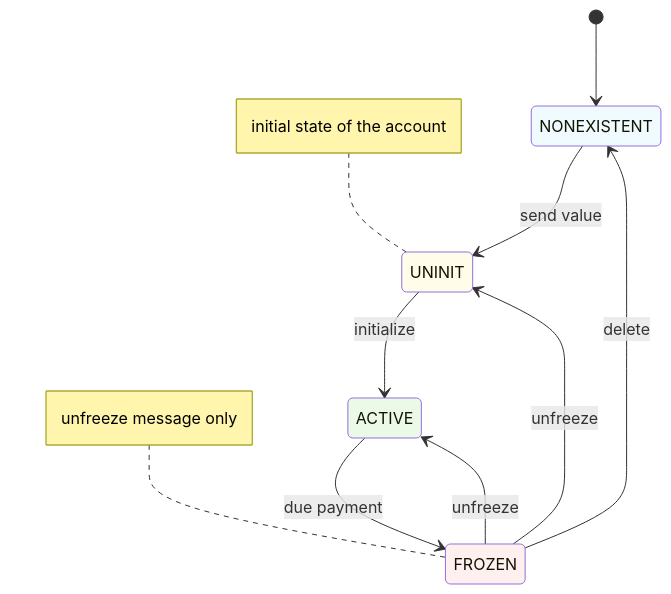
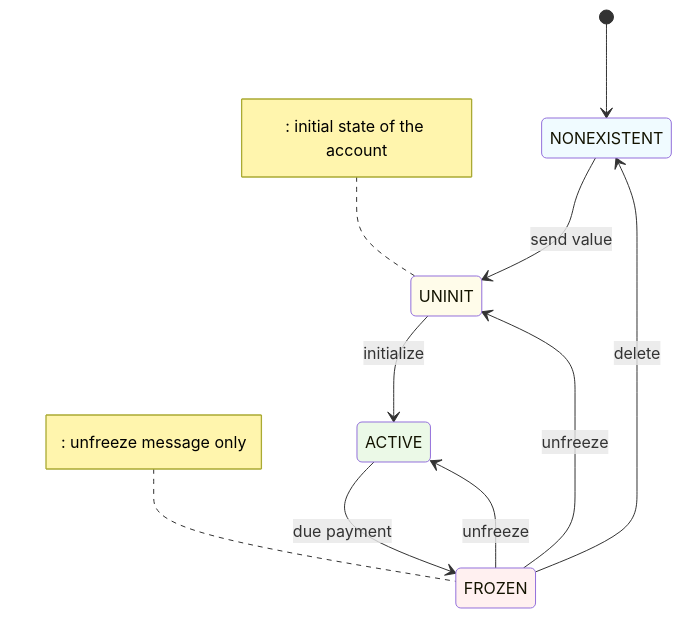
One commit to ilyar/chameleon-escrow changed the first of 3 diagrams in readme.md. Above: the diagram before and after it, drawn with Mermaid. The commit also changed other lines of this file and 4 other files, not shown here.

Commit message:
chore: some refactor code and diagram

````diff
--- a/readme.md
+++ b/readme.md
@@ -27,24 +27,22 @@
 ```mermaid
 stateDiagram
-    direction TB
-
     classDef success fill:#EBF9E7
     classDef info fill:#F0FBFF
     classDef warning fill:#FFFCEA
     classDef danger fill:#FFF0F0
 
     class ACTIVE success
     class NONEXISTENT info
     class UNINIT warning
     class FROZEN danger
 
     [*] --> NONEXISTENT
     NONEXISTENT --> UNINIT : send value
-    note left of UNINIT : initial state of the account
-    UNINIT --> ACTIVE : initialize
-    ACTIVE --> FROZEN : due payment
-    note left of FROZEN : unfreeze message only
-    FROZEN --> ACTIVE : unfreeze
-    FROZEN --> UNINIT : unfreeze
+    note left of UNINIT    : initial state of the account
+    UNINIT --> ACTIVE      : initialize
+    ACTIVE --> FROZEN      : due payment
+    note left of FROZEN    : unfreeze message only
+    FROZEN --> ACTIVE      : unfreeze
+    FROZEN --> UNINIT      : unfreeze
     FROZEN --> NONEXISTENT : delete
 ```
````
